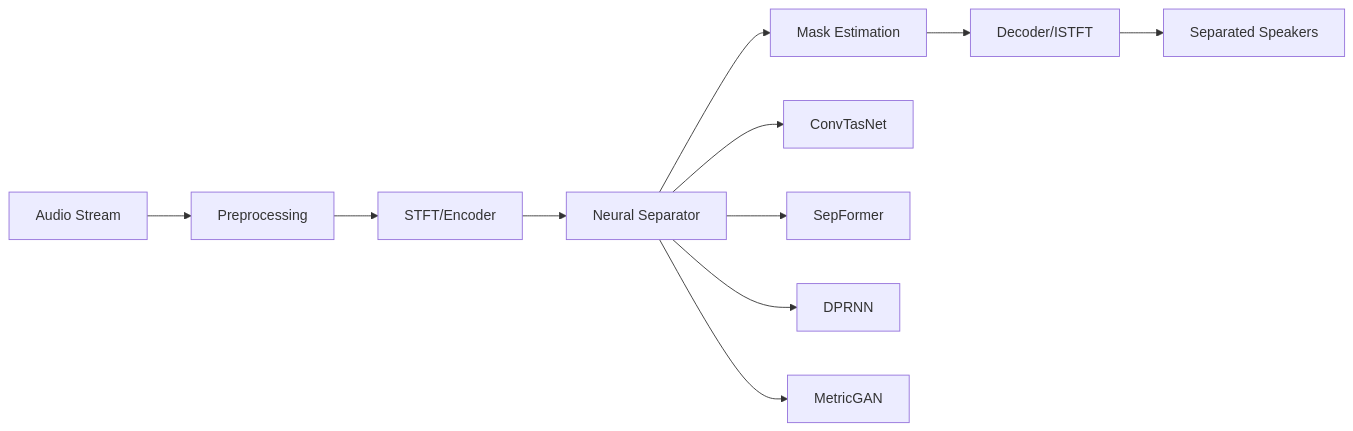
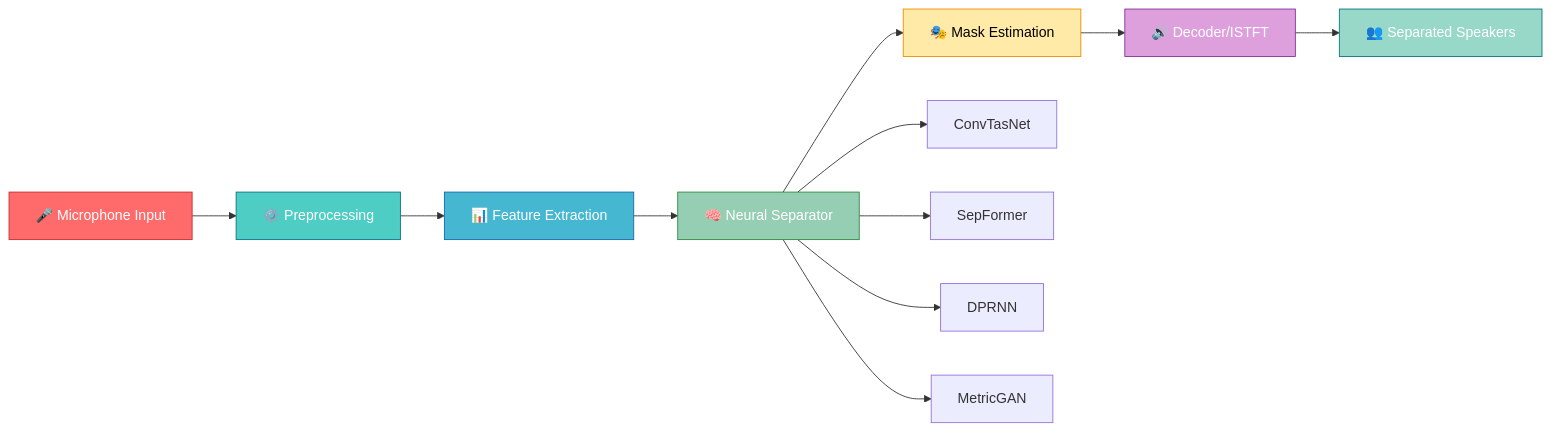
Before and after one commit to genius-0963/Real-Time-Speetch-Saparation-Model-Toolkit: the first of 21 diagrams in README.md, drawn with Mermaid. The commit also changed other lines of this file, not shown here.

First line of the commit message:
Enhance README with comprehensive visual diagrams and charts

````diff
--- a/README.md
+++ b/README.md
@@ -49,14 +53,22 @@
 ```mermaid
 graph LR
-    A[Audio Stream] --> B[Preprocessing]
-    B --> C[STFT/Encoder]
-    C --> D[Neural Separator]
-    D --> E[Mask Estimation]
-    E --> F[Decoder/ISTFT]
-    F --> G[Separated Speakers]
+    A[🎤 Microphone Input] --> B[⚙️ Preprocessing]
+    B --> C[📊 Feature Extraction]
+    C --> D[🧠 Neural Separator]
+    D --> E[🎭 Mask Estimation]
+    E --> F[🔊 Decoder/ISTFT]
+    F --> G[👥 Separated Speakers]
     
     D --> D1[ConvTasNet]
     D --> D2[SepFormer]
     D --> D3[DPRNN]
     D --> D4[MetricGAN]
+    
+    style A fill:#FF6B6B,stroke:#C92A2A,color:#fff
+    style B fill:#4ECDC4,stroke:#0B7285,color:#fff
+    style C fill:#45B7D1,stroke:#1864AB,color:#fff
+    style D fill:#96CEB4,stroke:#2B8A3E,color:#fff
+    style E fill:#FFEAA7,stroke:#F08C00,color:#000
+    style F fill:#DDA0DD,stroke:#862E9C,color:#fff
+    style G fill:#98D8C8,stroke:#0B7285,color:#fff
 ```
````
